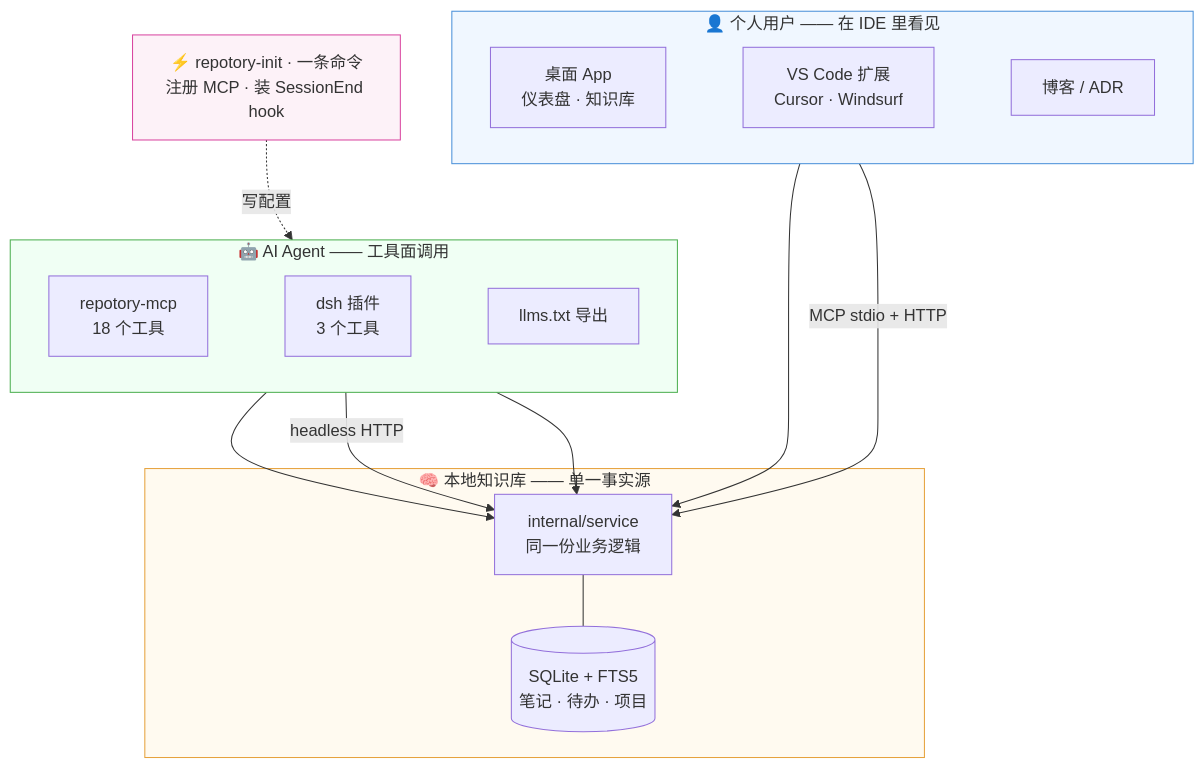
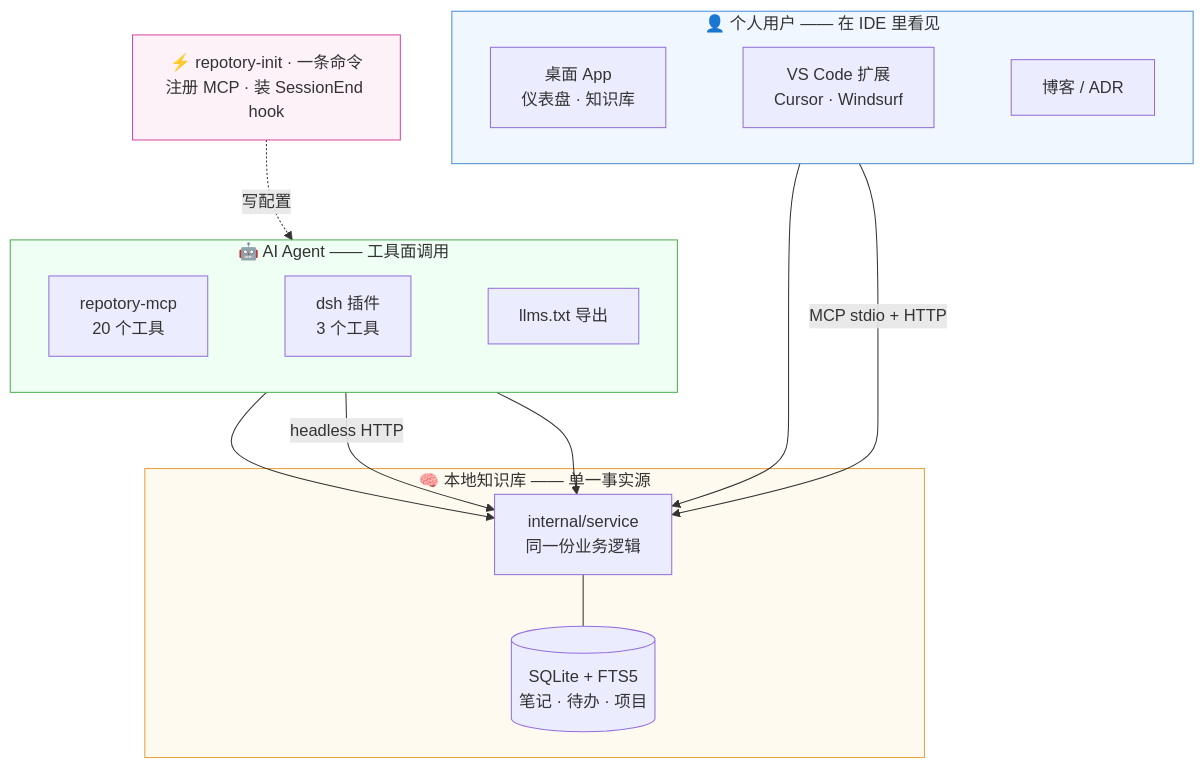
One commit to sky-jiangcheng/cinder changed the third of 3 diagrams in docs/index.md. Above: the diagram before and after it, drawn with Mermaid. The commit also changed other lines of this file and 12 other files, not shown here.

````diff
--- a/docs/index.md
+++ b/docs/index.md
@@ -75,37 +75,37 @@
 ```mermaid
 flowchart TB
     subgraph HUMAN["👤 个人用户 —— 在 IDE 里看见"]
         direction LR
         DESKTOP["桌面 App<br/>仪表盘 · 知识库"]
         VSCODE["VS Code 扩展<br/>Cursor · Windsurf"]
         BLOG["博客 / ADR"]
         DESKTOP ~~~ VSCODE ~~~ BLOG
     end
 
     subgraph AGENT["🤖 AI Agent —— 工具面调用"]
         direction LR
-        MCP["repotory-mcp<br/>18 个工具"]
+        MCP["repotory-mcp<br/>20 个工具"]
         DSH["dsh 插件<br/>3 个工具"]
         LLMSTXT["llms.txt 导出"]
         MCP ~~~ DSH ~~~ LLMSTXT
     end
 
     subgraph CORE["🧠 本地知识库 —— 单一事实源"]
         SERVICE["internal/service<br/>同一份业务逻辑"] --- DB[("SQLite + FTS5<br/>笔记 · 待办 · 项目")]
     end
 
     HUMAN ~~~ AGENT ~~~ CORE
     DESKTOP --> SERVICE
     VSCODE -->|"MCP stdio + HTTP"| SERVICE
     MCP --> SERVICE
     DSH -->|"headless HTTP"| SERVICE
     LLMSTXT --> SERVICE
 
     INIT["⚡ repotory-init · 一条命令<br/>注册 MCP · 装 SessionEnd hook"]
     INIT -.->|"写配置"| MCP
 
     style HUMAN fill:#f0f7ff,stroke:#4a90d9
     style AGENT fill:#f0fff4,stroke:#4caf50
     style CORE fill:#fffaf0,stroke:#e6a23c
     style INIT fill:#fdf2f8,stroke:#d946a0
 ```
````
